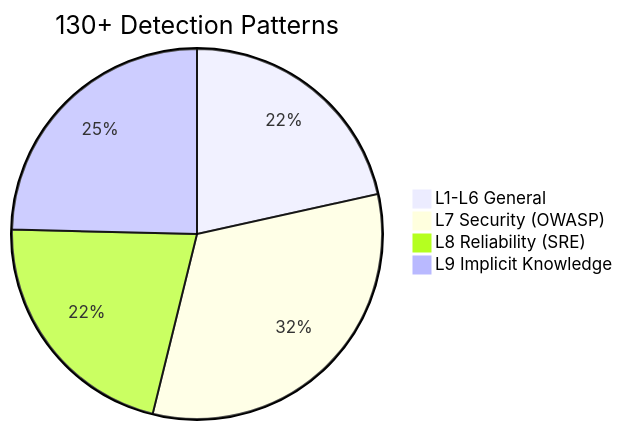
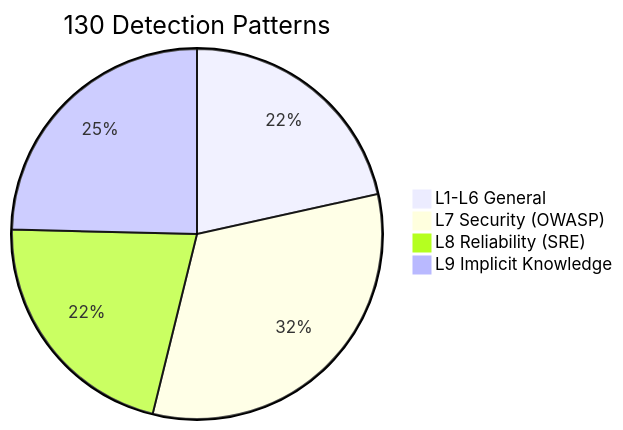
One commit to ohyesiamy/web-anomaly-detector changed diagram 16 of 17 in README.md. Above: the diagram before and after it, drawn with Mermaid. The commit also changed other lines of this file, not shown here.

````diff
--- a/README.md
+++ b/README.md
@@ -709,7 +890,7 @@
 ```mermaid
-pie title 130+ Detection Patterns
+pie title 130 Detection Patterns
     "L1-L6 General" : 28
     "L7 Security (OWASP)" : 42
     "L8 Reliability (SRE)" : 28
     "L9 Implicit Knowledge" : 32
 ```
````
